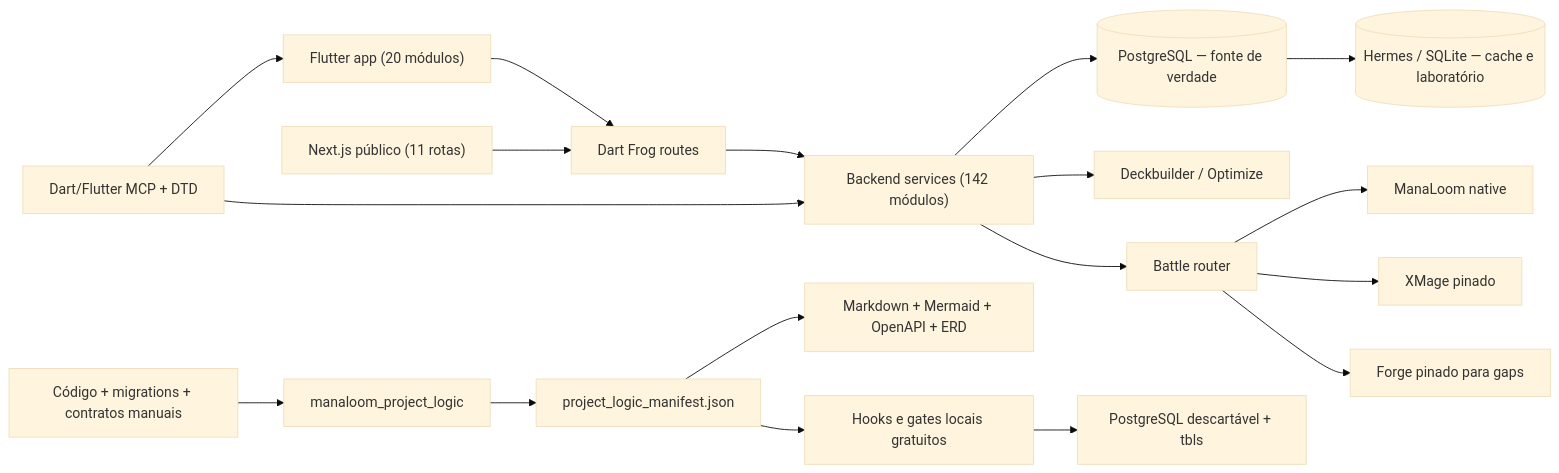
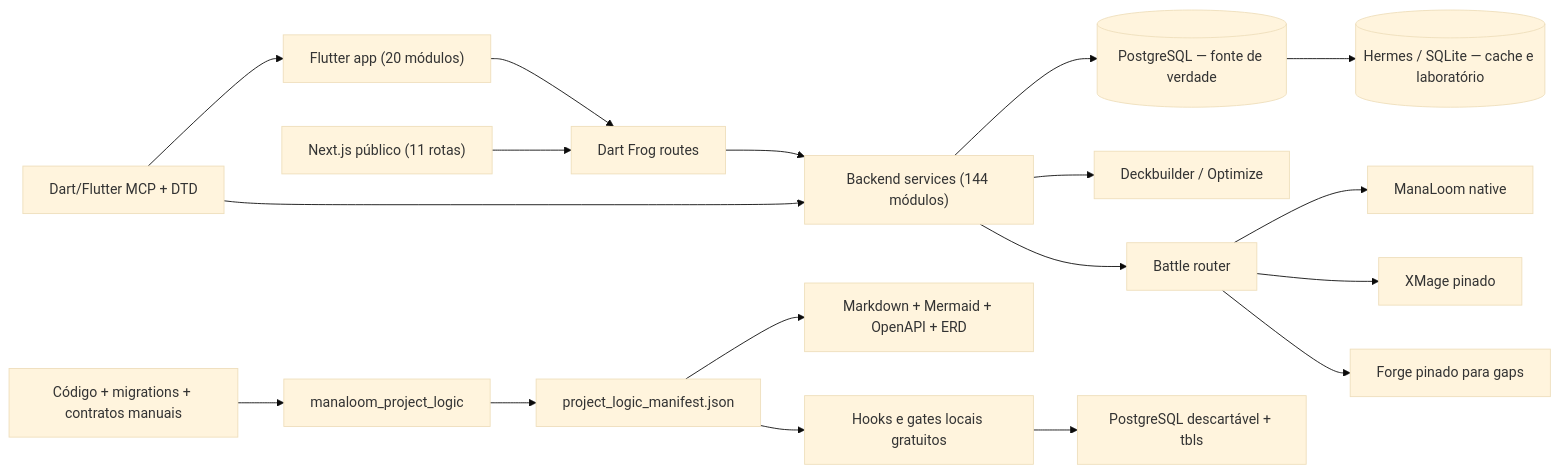
One commit to softwarePredador/mtgia changed the diagram in docs/generated/ARCHITECTURE.md. Above: the diagram before and after it, drawn with Mermaid (base theme). The commit also changed 36 other files, not shown here.

````diff
--- a/docs/generated/ARCHITECTURE.md
+++ b/docs/generated/ARCHITECTURE.md
@@ -5,20 +5,20 @@
 ```mermaid
 flowchart LR
     UI["Flutter app (20 módulos)"] --> API["Dart Frog routes"]
     WEB["Next.js público (11 rotas)"] --> API
-    API --> DOMAIN["Backend services (142 módulos)"]
+    API --> DOMAIN["Backend services (144 módulos)"]
     DOMAIN --> PG[("PostgreSQL — fonte de verdade")]
     DOMAIN --> AI["Deckbuilder / Optimize"]
     DOMAIN --> BATTLE["Battle router"]
     BATTLE --> NATIVE["ManaLoom native"]
     BATTLE --> XMAGE["XMage pinado"]
     BATTLE --> FORGE["Forge pinado para gaps"]
     PG --> HERMES[("Hermes / SQLite — cache e laboratório")]
     SRC["Código + migrations + contratos manuais"] --> GEN["manaloom_project_logic"]
     GEN --> MANIFEST["project_logic_manifest.json"]
     MANIFEST --> DOCS["Markdown + Mermaid + OpenAPI + ERD"]
     MANIFEST --> LOCAL["Hooks e gates locais gratuitos"]
     LOCAL --> TBLS["PostgreSQL descartável + tbls"]
     MCP["Dart/Flutter MCP + DTD"] --> UI
     MCP --> DOMAIN
 ```
````
